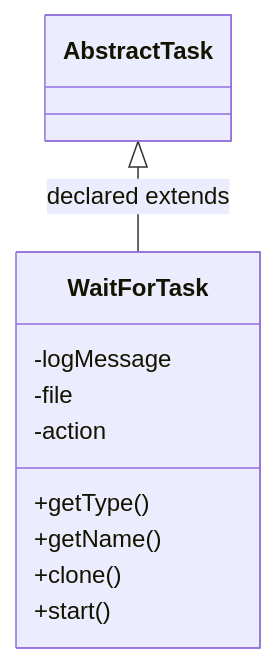
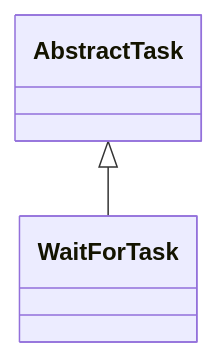
One commit to haruperi/HaruQuantAI changed the diagram in docs/sqx/CustomProjects/TaskWaitFor.md. Above: the diagram before and after it, drawn with Mermaid. The commit also changed other lines of this file and 1688 other files, not shown here.

````diff
--- a/docs/sqx/CustomProjects/TaskWaitFor.md
+++ b/docs/sqx/CustomProjects/TaskWaitFor.md
@@ -30,14 +26,6 @@
 ```mermaid
 classDiagram
-    class Cea1909cfb776["WaitForTask"] {
-        -logMessage
-        -file
-        -action
-        +getType()
-        +getName()
-        +clone()
-        +start()
-    }
-    class Ce44d386802cb["AbstractTask"]
-    Ce44d386802cb <|-- Cea1909cfb776 : declared extends
+    class C0["WaitForTask"]
+    class E0["AbstractTask"]
+    E0 <|-- C0
 ```
````
